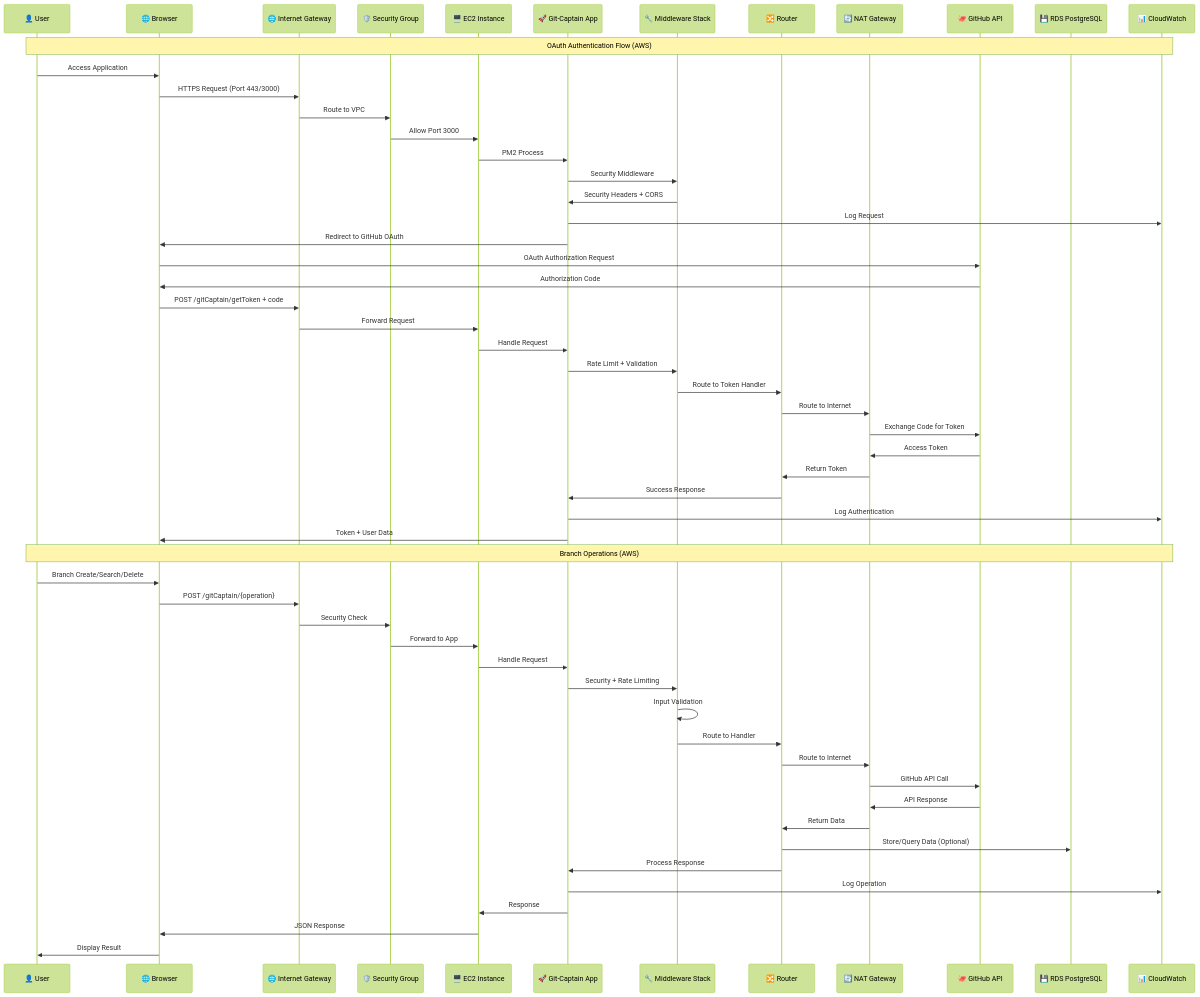
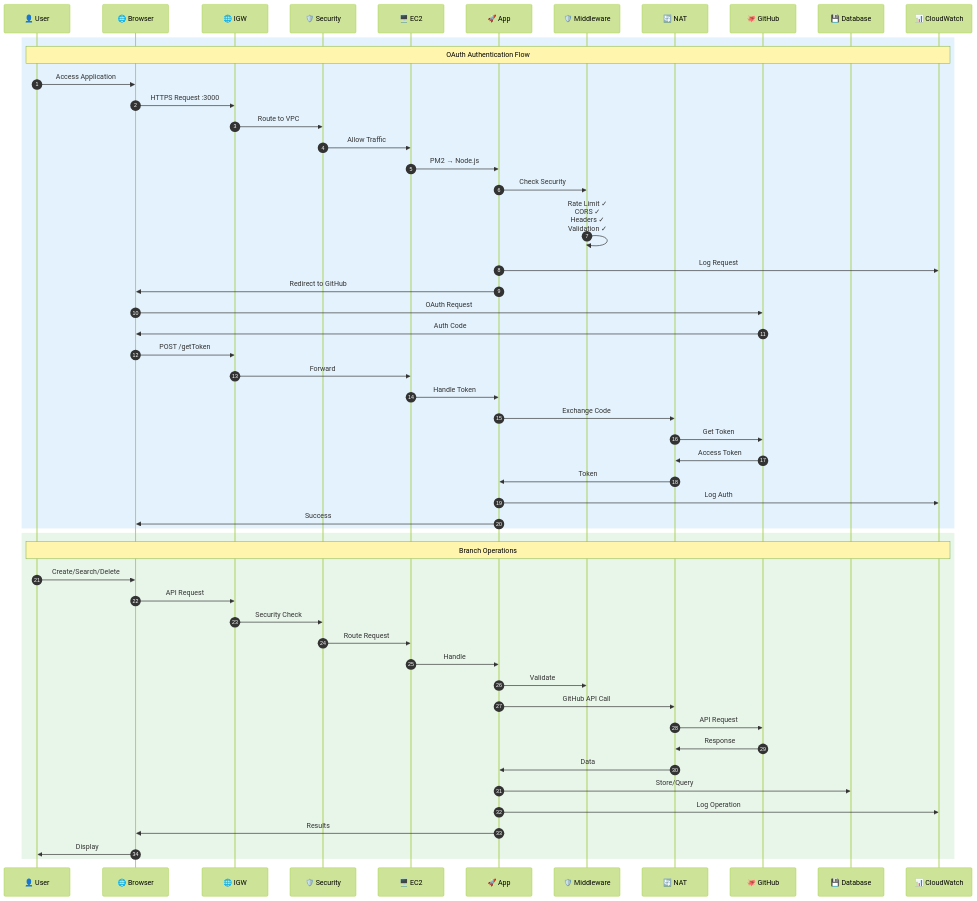
Before and after one commit to Joe-Tavarez/Git-Captain: the third of 11 diagrams in docs/ARCHITECTURE.md, drawn with Mermaid (forest theme). The commit also changed other lines of this file, not shown here.

Commit message:
more updates to diagrams

````diff
--- a/docs/ARCHITECTURE.md
+++ b/docs/ARCHITECTURE.md
@@ -179,60 +201,57 @@
 ```mermaid
 sequenceDiagram
-    participant U as 👤 User
-    participant B as 🌐 Browser
-    participant IGW as 🌐 Internet Gateway
-    participant SG as 🛡️ Security Group
-    participant EC2 as 🖥️ EC2 Instance
-    participant A as 🚀 Git-Captain App
-    participant M as 🔧 Middleware Stack
-    participant R as 🔀 Router
-    participant NAT as 🔄 NAT Gateway
-    participant G as 🐙 GitHub API
-    participant RDS as 💾 RDS PostgreSQL
+    autonumber
+    participant User as 👤 User
+    participant Browser as 🌐 Browser
+    participant IGW as 🌐 IGW
+    participant SG as 🛡️ Security
+    participant EC2 as 🖥️ EC2
+    participant App as 🚀 App
+    participant Security as 🛡️ Middleware
+    participant NAT as 🔄 NAT
+    participant GitHub as 🐙 GitHub
+    participant RDS as 💾 Database
     participant CW as 📊 CloudWatch
-
-    Note over U,CW: OAuth Authentication Flow (AWS)
-    U->>B: Access Application
-    B->>IGW: HTTPS Request (Port 443/3000)
+    
+    rect rgb(227, 242, 253)
+    Note over User,CW: OAuth Authentication Flow
+    User->>Browser: Access Application
+    Browser->>IGW: HTTPS Request :3000
     IGW->>SG: Route to VPC
-    SG->>EC2: Allow Port 3000
-    EC2->>A: PM2 Process
-    A->>M: Security Middleware
-    M->>A: Security Headers + CORS
-    A->>CW: Log Request
-    A->>B: Redirect to GitHub OAuth
-    B->>G: OAuth Authorization Request
-    G->>B: Authorization Code
-    B->>IGW: POST /gitCaptain/getToken + code
-    IGW->>EC2: Forward Request
-    EC2->>A: Handle Request
-    A->>M: Rate Limit + Validation
-    M->>R: Route to Token Handler
-    R->>NAT: Route to Internet
-    NAT->>G: Exchange Code for Token
-    G->>NAT: Access Token
-    NAT->>R: Return Token
-    R->>A: Success Response
-    A->>CW: Log Authentication
-    A->>B: Token + User Data
-
-    Note over U,CW: Branch Operations (AWS)
-    U->>B: Branch Create/Search/Delete
-    B->>IGW: POST /gitCaptain/{operation}
+    SG->>EC2: Allow Traffic
+    EC2->>App: PM2 → Node.js
+    App->>Security: Check Security
+    Security->>Security: Rate Limit ✓<br/>CORS ✓<br/>Headers ✓<br/>Validation ✓
+    App->>CW: Log Request
+    App->>Browser: Redirect to GitHub
+    Browser->>GitHub: OAuth Request
+    GitHub->>Browser: Auth Code
+    Browser->>IGW: POST /getToken
+    IGW->>EC2: Forward
+    EC2->>App: Handle Token
+    App->>NAT: Exchange Code
+    NAT->>GitHub: Get Token
+    GitHub->>NAT: Access Token
+    NAT->>App: Token
+    App->>CW: Log Auth
+    App->>Browser: Success
+    end
+    
+    rect rgb(232, 245, 233)
+    Note over User,CW: Branch Operations
+    User->>Browser: Create/Search/Delete
+    Browser->>IGW: API Request
     IGW->>SG: Security Check
-    SG->>EC2: Forward to App
-    EC2->>A: Handle Request
-    A->>M: Security + Rate Limiting
-    M->>M: Input Validation
-    M->>R: Route to Handler
-    R->>NAT: Route to Internet
-    NAT->>G: GitHub API Call
-    G->>NAT: API Response
-    NAT->>R: Return Data
-    R->>RDS: Store/Query Data (Optional)
-    R->>A: Process Response
-    A->>CW: Log Operation
-    A->>EC2: Response
-    EC2->>B: JSON Response
-    B->>U: Display Result
+    SG->>EC2: Route Request
+    EC2->>App: Handle
+    App->>Security: Validate
+    App->>NAT: GitHub API Call
+    NAT->>GitHub: API Request
+    GitHub->>NAT: Response
+    NAT->>App: Data
+    App->>RDS: Store/Query
+    App->>CW: Log Operation
+    App->>Browser: Results
+    Browser->>User: Display
+    end
 ```
````
